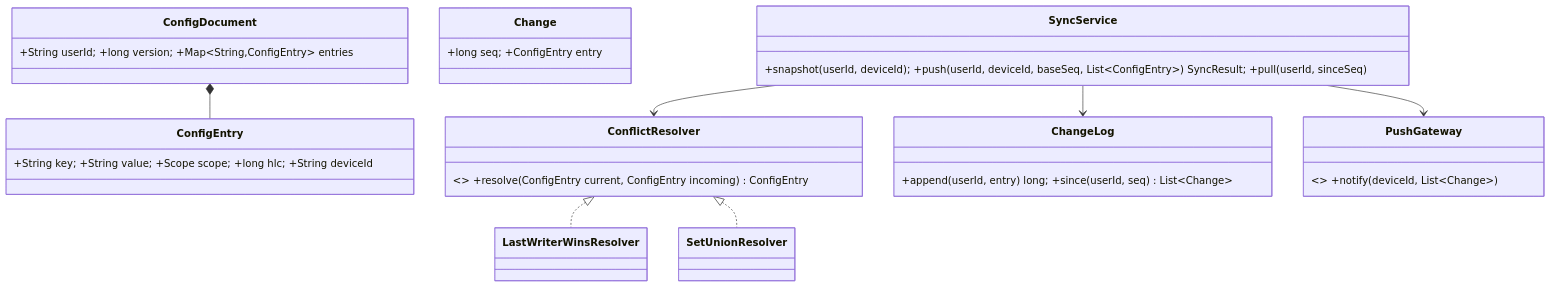
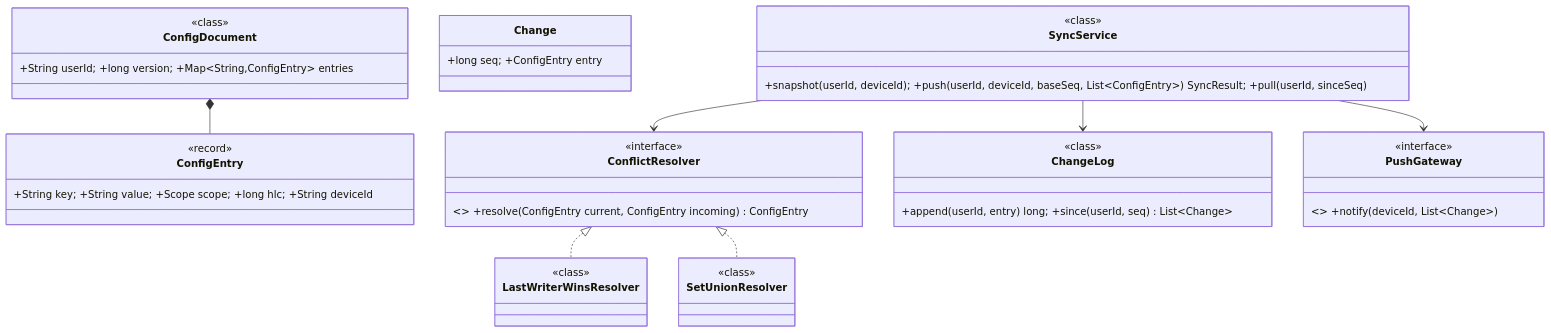
One commit to amarkum/amarkumar.guru changed the first of 2 diagrams in system-design/lld/07-config-sync.md. Above: the diagram before and after it, drawn with Mermaid. The commit also changed 27 other files, not shown here.

Commit message:
Label every UML type as interface, enumeration, abstract, record or class, add missing enums, and colour-code them.

````diff
--- a/system-design/lld/07-config-sync.md
+++ b/system-design/lld/07-config-sync.md
@@ -40,18 +40,40 @@
 ```mermaid
 classDiagram
     class ConfigEntry { +String key; +String value; +Scope scope; +long hlc; +String deviceId }
     class ConfigDocument { +String userId; +long version; +Map~String,ConfigEntry~ entries }
     class Change { +long seq; +ConfigEntry entry }
     class ConflictResolver { <<interface>> +resolve(ConfigEntry current, ConfigEntry incoming) ConfigEntry }
-    class LastWriterWinsResolver
-    class SetUnionResolver
+    class LastWriterWinsResolver {
+      <<class>>
+    }
+    class SetUnionResolver {
+      <<class>>
+    }
     class ChangeLog { +append(userId, entry) long; +since(userId, seq) List~Change~ }
     class PushGateway { <<interface>> +notify(deviceId, List~Change~) }
     class SyncService { +snapshot(userId, deviceId); +push(userId, deviceId, baseSeq, List~ConfigEntry~) SyncResult; +pull(userId, sinceSeq) }
     ConflictResolver <|.. LastWriterWinsResolver
     ConflictResolver <|.. SetUnionResolver
     SyncService --> ChangeLog
     SyncService --> ConflictResolver
     SyncService --> PushGateway
     ConfigDocument *-- ConfigEntry
+    class SyncService {
+      <<class>>
+    }
+    class ChangeLog {
+      <<class>>
+    }
+    class PushGateway {
+      <<interface>>
+    }
+    class ConflictResolver {
+      <<interface>>
+    }
+    class ConfigDocument {
+      <<class>>
+    }
+    class ConfigEntry {
+      <<record>>
+    }
 ```
````
